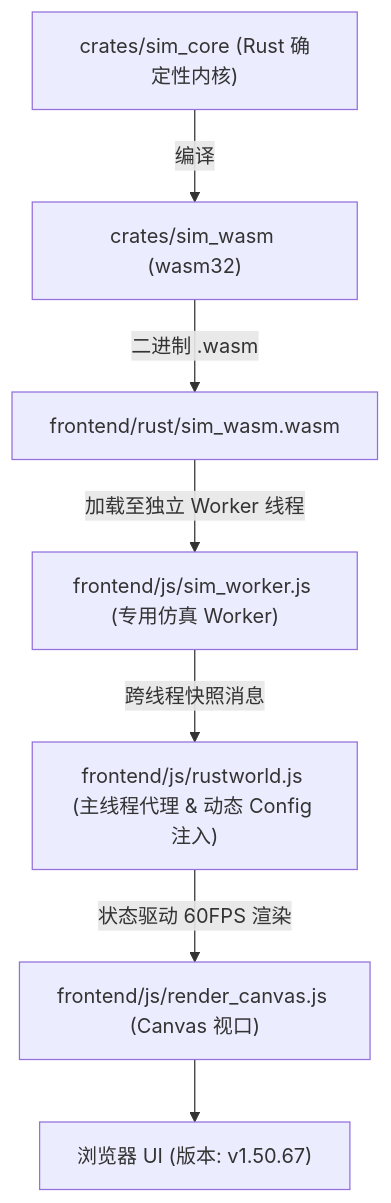
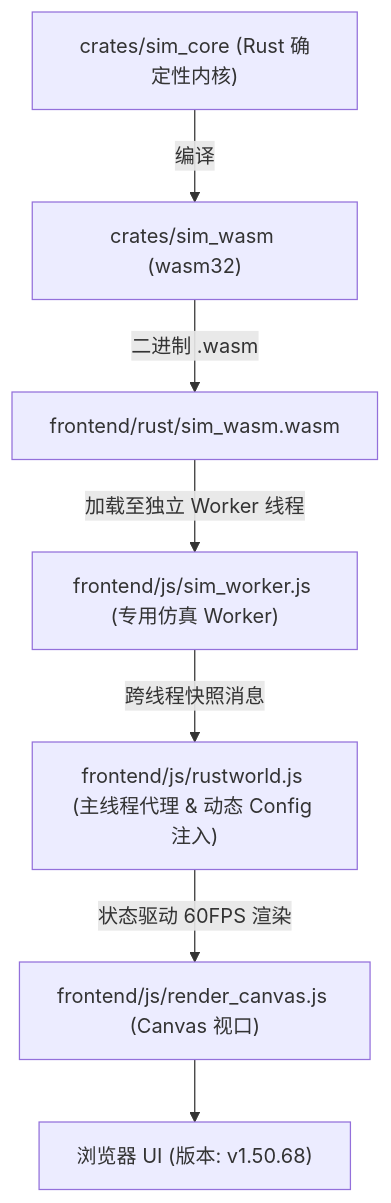
One commit to g39088902/FlowAndAccord changed the diagram in AGENTS.md. Above: the diagram before and after it, drawn with Mermaid. The commit also changed other lines of this file and 42 other files, not shown here.

````diff
--- a/AGENTS.md
+++ b/AGENTS.md
@@ -61,10 +61,10 @@
 ```mermaid
 graph TD
     A["crates/sim_core (Rust 确定性内核)"] -->|编译| B["crates/sim_wasm (wasm32)"]
     B -->|二进制 .wasm| C["frontend/rust/sim_wasm.wasm"]
     C -->|加载至独立 Worker 线程| D["frontend/js/sim_worker.js (专用仿真 Worker)"]
     D -->|跨线程快照消息| E["frontend/js/rustworld.js (主线程代理 & 动态 Config 注入)"]
     E -->|状态驱动 60FPS 渲染| F["frontend/js/render_canvas.js (Canvas 视口)"]
-    F --> G["浏览器 UI (版本: v1.50.67)"]
+    F --> G["浏览器 UI (版本: v1.50.68)"]
 
 ```
````
